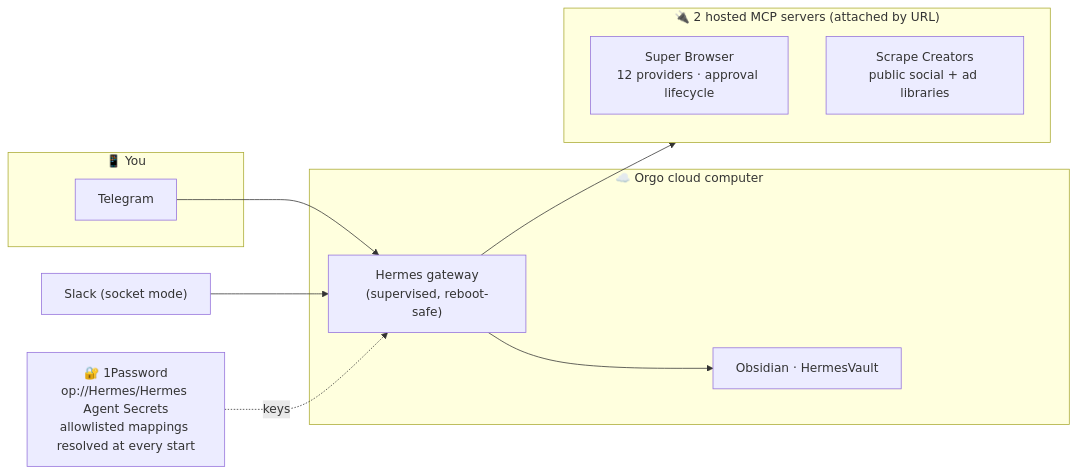
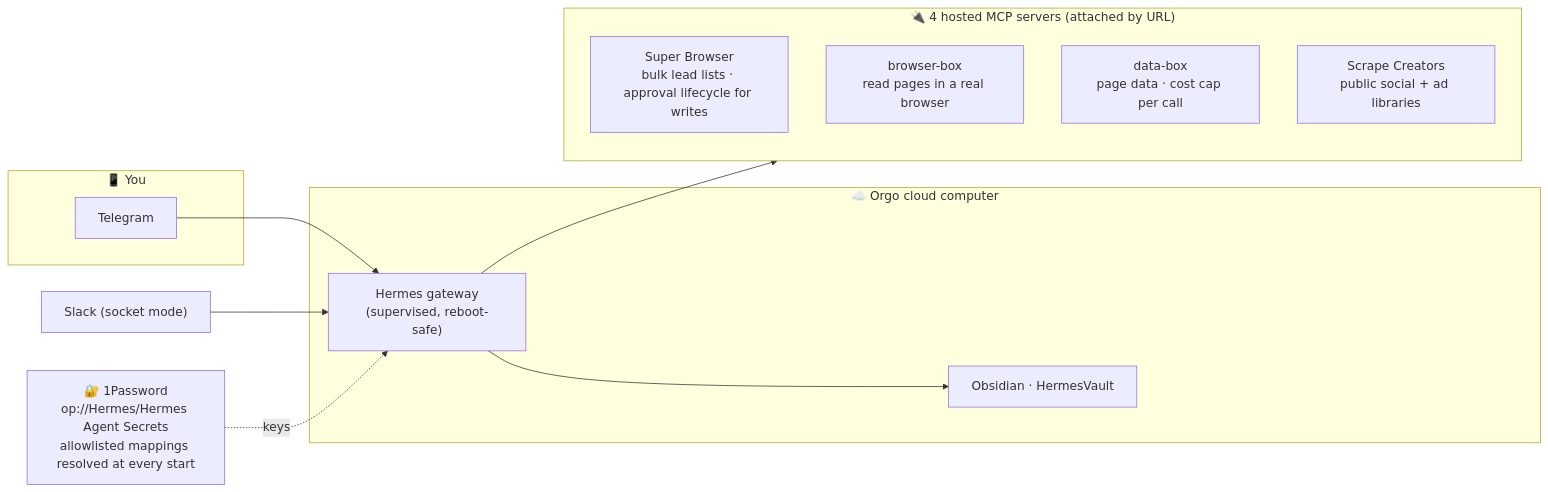
Before and after one commit to jbellsolutions/revenue-partner-agent: the diagram in README.md, drawn with Mermaid. The commit also changed other lines of this file and 8 other files, not shown here.

First line of the commit message:
Attach browser-box (read tools) and data-box beside Super Browser

````diff
--- a/README.md
+++ b/README.md
@@ -279,24 +279,26 @@
 ```mermaid
 flowchart LR
     subgraph you["📱 You"]
         TG["Telegram"]
     end
 
     subgraph vm["☁️ Orgo cloud computer"]
         GW["Hermes gateway<br/>(supervised, reboot-safe)"]
         OBS["Obsidian · HermesVault"]
     end
 
-    subgraph mcp["🔌 2 hosted MCP servers (attached by URL)"]
-        SB["Super Browser<br/>12 providers · approval lifecycle"]
+    subgraph mcp["🔌 4 hosted MCP servers (attached by URL)"]
+        SB["Super Browser<br/>bulk lead lists · approval lifecycle for writes"]
+        BB["browser-box<br/>read pages in a real browser"]
+        DB["data-box<br/>page data · cost cap per call"]
         SC["Scrape Creators<br/>public social + ad libraries"]
     end
 
     OP["🔐 1Password<br/>op://Hermes/Hermes Agent Secrets<br/>allowlisted mappings resolved at every start"]
 
     TG --> GW
     SL["Slack (socket mode)"] --> GW
     GW --> mcp
     GW --> OBS
     OP -. keys .-> GW
 ```
````
